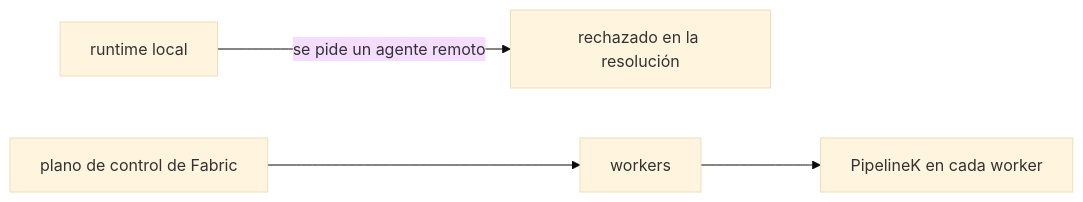
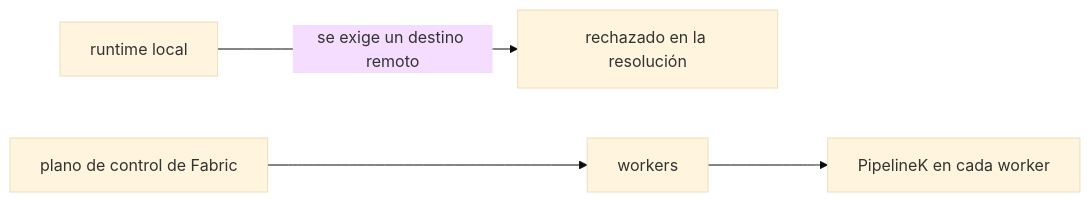
Before and after one commit to Rubentxu/pipeline-kotlin: the third of 4 diagrams in README.es.md, drawn with Mermaid (base theme). The commit also changed other lines of this file and 21 other files, not shown here.

````diff
--- a/README.es.md
+++ b/README.es.md
@@ -874,6 +870,6 @@
 ```mermaid
 flowchart LR
-    L[runtime local] -->|se pide un agente remoto| X[rechazado en la resolución]
+    L[runtime local] -->|se exige un destino remoto| X[rechazado en la resolución]
     F[plano de control de Fabric] --> W[workers]
     W --> P[PipelineK en cada worker]
 ```
````
